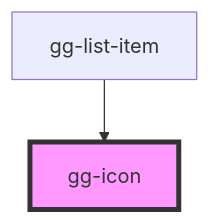
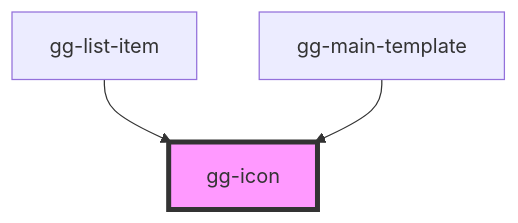
One commit to gulagha/expense-report changed the diagram in src/components/atoms/gg-icon/readme.md. Above: the diagram before and after it, drawn with Mermaid. The commit also changed other lines of this file and 12 other files, not shown here.

First line of the commit message:
Add a template component for the main page

````diff
--- a/src/components/atoms/gg-icon/readme.md
+++ b/src/components/atoms/gg-icon/readme.md
@@ -22,5 +23,6 @@
 ```mermaid
 graph TD;
   gg-list-item --> gg-icon
+  gg-main-template --> gg-icon
   style gg-icon fill:#f9f,stroke:#333,stroke-width:4px
 ```
````
